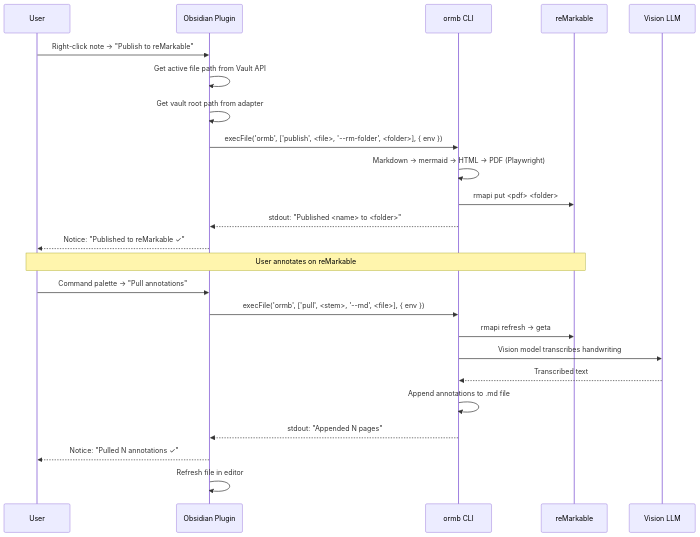
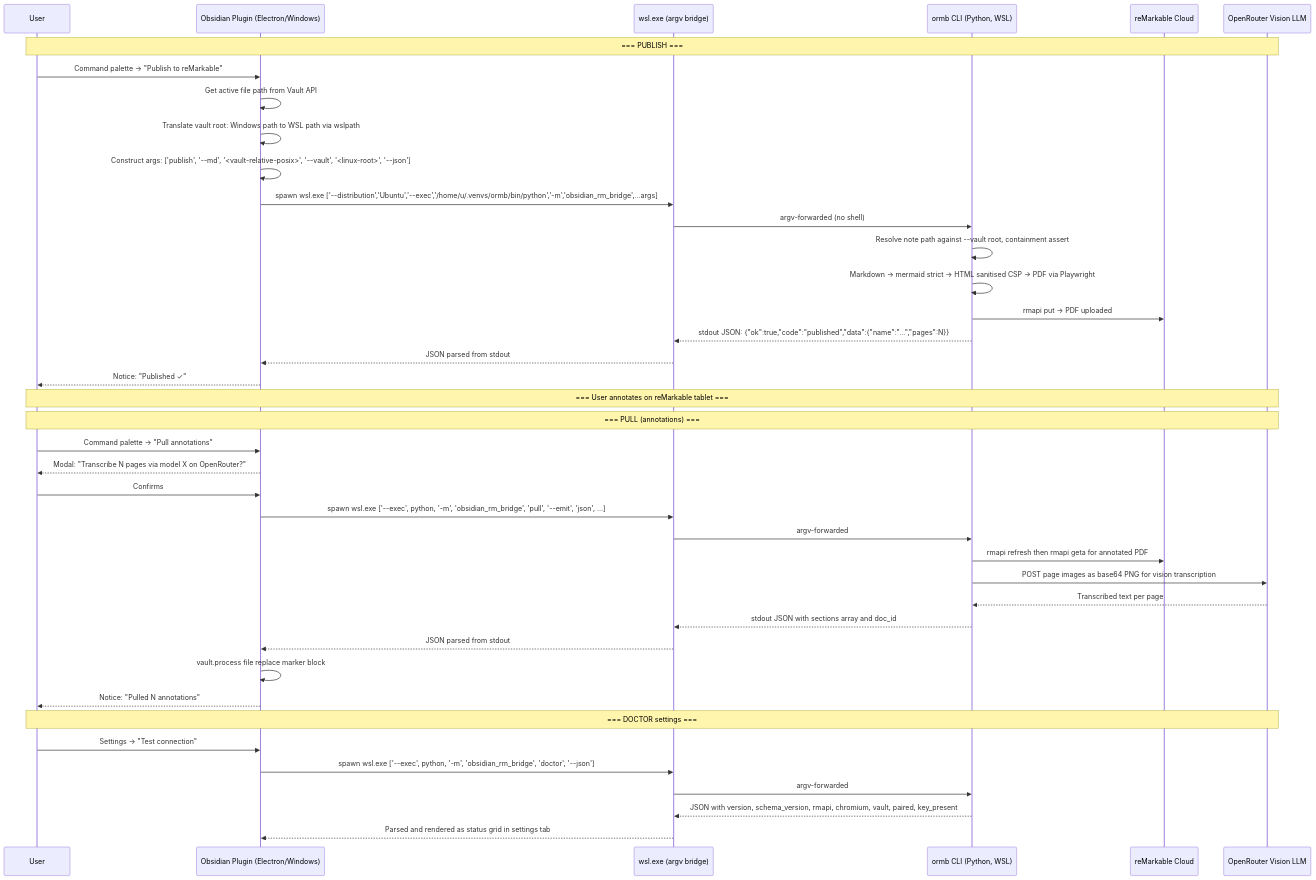
The fourth of 4 diagrams in docs/ARB-OBSIDIAN-PLUGIN.md (vevmesteren/obsidian-rm-bridge), drawn with Mermaid before and after one commit. The commit also changed other lines of this file, not shown here.

First line of the commit message:
ARB: Synthesized target architecture (Stage 3)

````diff
--- a/docs/ARB-OBSIDIAN-PLUGIN.md
+++ b/docs/ARB-OBSIDIAN-PLUGIN.md
@@ -111,29 +117,49 @@
 ```mermaid
 sequenceDiagram
     participant U as User
-    participant O as Obsidian Plugin
-    participant C as ormb CLI
-    participant R as reMarkable
-    participant V as Vision LLM
+    participant O as Obsidian Plugin (Electron/Windows)
+    participant W as wsl.exe (argv bridge)
+    participant C as ormb CLI (Python, WSL)
+    participant R as reMarkable Cloud
+    participant V as OpenRouter Vision LLM
 
-    U->>O: Right-click note → "Publish to reMarkable"
+    Note over U,V: === PUBLISH ===
+
+    U->>O: Command palette -> "Publish to reMarkable"
     O->>O: Get active file path from Vault API
-    O->>O: Get vault root path from adapter
-    O->>C: execFile('ormb', ['publish', <file>, '--rm-folder', <folder>], { env })
-    C->>C: Markdown → mermaid → HTML → PDF (Playwright)
-    C->>R: rmapi put <pdf> <folder>
-    C-->>O: stdout: "Published <name> to <folder>"
-    O-->>U: Notice: "Published to reMarkable ✓"
+    O->>O: Translate vault root: Windows path to WSL path via wslpath
+    O->>O: Construct args: ['publish', '--md', '<vault-relative-posix>', '--vault', '<linux-root>', '--json']
+    O->>W: spawn wsl.exe ['--distribution','Ubuntu','--exec','/home/u/.venvs/ormb/bin/python','-m','obsidian_rm_bridge',...args]
+    W->>C: argv-forwarded (no shell)
+    C->>C: Resolve note path against --vault root, containment assert
+    C->>C: Markdown -> mermaid strict -> HTML sanitised CSP -> PDF via Playwright
+    C->>R: rmapi put -> PDF uploaded
+    C-->>W: stdout JSON: {"ok":true,"code":"published","data":{"name":"...","pages":N}}
+    W-->>O: JSON parsed from stdout
+    O-->>U: Notice: "Published ✓"
 
-    Note over U,R: User annotates on reMarkable
+    Note over U,V: === User annotates on reMarkable tablet ===
 
-    U->>O: Command palette → "Pull annotations"
-    O->>C: execFile('ormb', ['pull', <stem>, '--md', <file>], { env })
-    C->>R: rmapi refresh → geta
-    C->>V: Vision model transcribes handwriting
-    V-->>C: Transcribed text
-    C->>C: Append annotations to .md file
-    C-->>O: stdout: "Appended N pages"
-    O-->>U: Notice: "Pulled N annotations ✓"
-    O->>O: Refresh file in editor
+    Note over U,V: === PULL (annotations) ===
+
+    U->>O: Command palette -> "Pull annotations"
+    O-->>U: Modal: "Transcribe N pages via model X on OpenRouter?"
+    U->>O: Confirms
+    O->>W: spawn wsl.exe ['--exec', python, '-m', 'obsidian_rm_bridge', 'pull', '--emit', 'json', ...]
+    W->>C: argv-forwarded
+    C->>R: rmapi refresh then rmapi geta for annotated PDF
+    C->>V: POST page images as base64 PNG for vision transcription
+    V-->>C: Transcribed text per page
+    C-->>W: stdout JSON with sections array and doc_id
+    W-->>O: JSON parsed from stdout
+    O->>O: vault.process file replace marker block
+    O-->>U: Notice: "Pulled N annotations"
+
+    Note over U,V: === DOCTOR settings ===
+
+    U->>O: Settings -> "Test connection"
+    O->>W: spawn wsl.exe ['--exec', python, '-m', 'obsidian_rm_bridge', 'doctor', '--json']
+    W->>C: argv-forwarded
+    C-->>W: JSON with version, schema_version, rmapi, chromium, vault, paired, key_present
+    W-->>O: Parsed and rendered as status grid in settings tab
 ```
````
